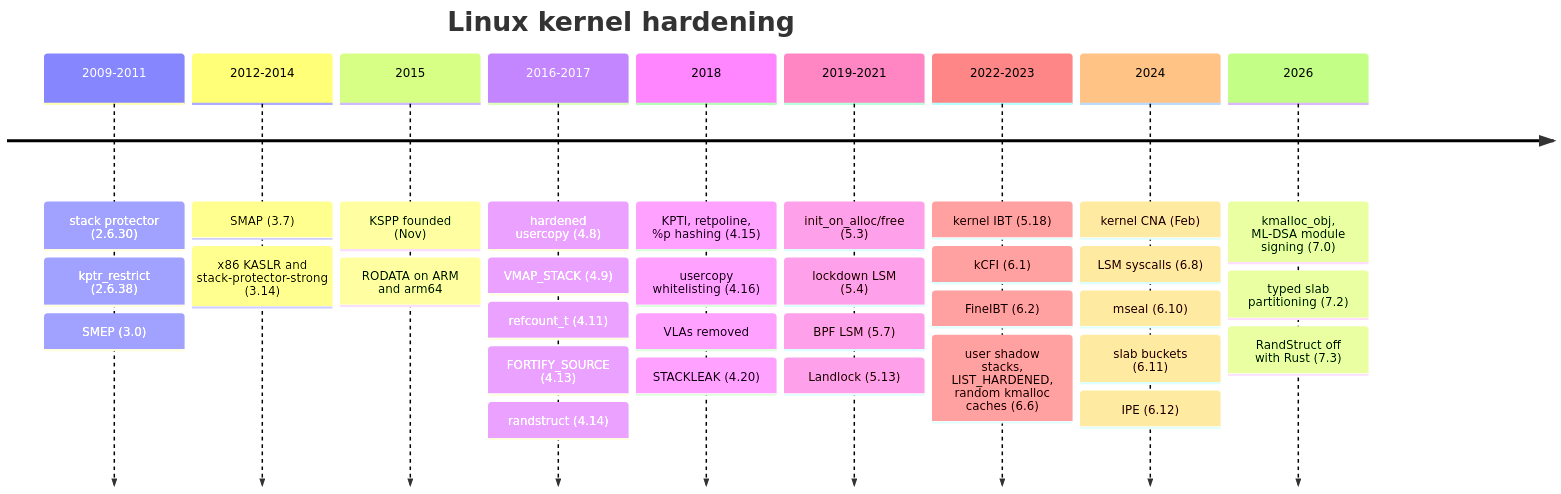
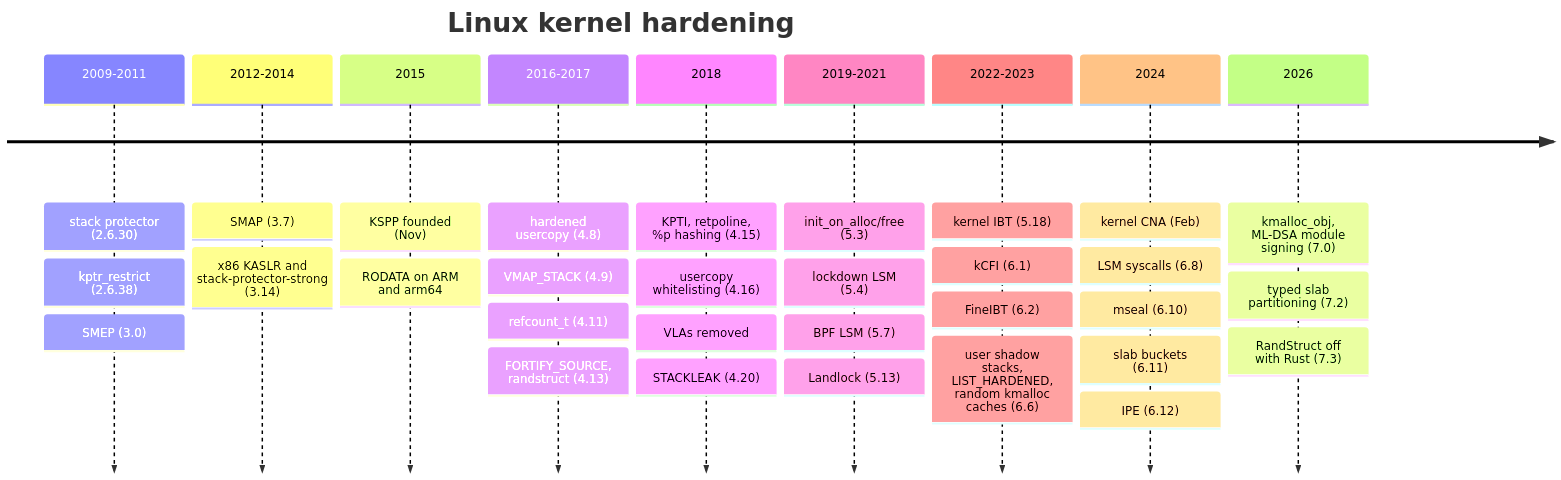
Before and after one commit to ImRuliad/Library-of-Alexandria: the second of 2 diagrams in Operating Systems/Security/Kernel Security Hardening/Kernel Security Hardening.md, drawn with Mermaid. The commit also changed other lines of this file, not shown here.

````diff
--- a/Operating Systems/Security/Kernel Security Hardening/Kernel Security Hardening.md
+++ b/Operating Systems/Security/Kernel Security Hardening/Kernel Security Hardening.md
@@ -164,13 +172,13 @@
 ```mermaid
 timeline
     title Linux kernel hardening
     2009-2011 : stack protector (2.6.30) : kptr_restrict (2.6.38) : SMEP (3.0)
     2012-2014 : SMAP (3.7) : x86 KASLR and stack-protector-strong (3.14)
     2015 : KSPP founded (Nov) : RODATA on ARM and arm64
-    2016-2017 : hardened usercopy (4.8) : VMAP_STACK (4.9) : refcount_t (4.11) : FORTIFY_SOURCE (4.13) : randstruct (4.14)
+    2016-2017 : hardened usercopy (4.8) : VMAP_STACK (4.9) : refcount_t (4.11) : FORTIFY_SOURCE, randstruct (4.13)
     2018 : KPTI, retpoline, %p hashing (4.15) : usercopy whitelisting (4.16) : VLAs removed : STACKLEAK (4.20)
     2019-2021 : init_on_alloc/free (5.3) : lockdown LSM (5.4) : BPF LSM (5.7) : Landlock (5.13)
     2022-2023 : kernel IBT (5.18) : kCFI (6.1) : FineIBT (6.2) : user shadow stacks, LIST_HARDENED, random kmalloc caches (6.6)
     2024 : kernel CNA (Feb) : LSM syscalls (6.8) : mseal (6.10) : slab buckets (6.11) : IPE (6.12)
     2026 : kmalloc_obj, ML-DSA module signing (7.0) : typed slab partitioning (7.2) : RandStruct off with Rust (7.3)
 ```
````
